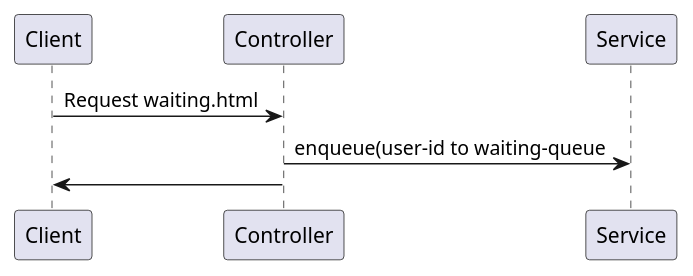
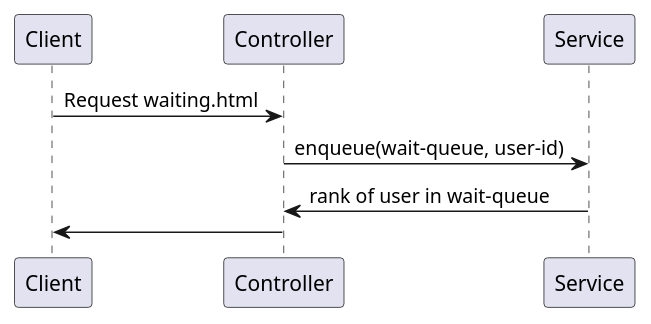
One commit to yanghoon/obsidian-workspace changed the diagram in _diary/2024-06-08.md. Above: the diagram before and after it, drawn with PlantUML.

Commit message:
vault backup: 2024-06-08 14:09:38

````diff
--- a/_diary/2024-06-08.md
+++ b/_diary/2024-06-08.md
@@ -5,5 +5,6 @@
 ```plantuml
 Client -> Controller: Request waiting.html
-Controller -> Service: enqueue(user-id to waiting-queue
+Controller -> Service: enqueue(wait-queue, user-id)
+Service -> Controller: rank of user in wait-queue
 Client <- Controller
 ```
````
